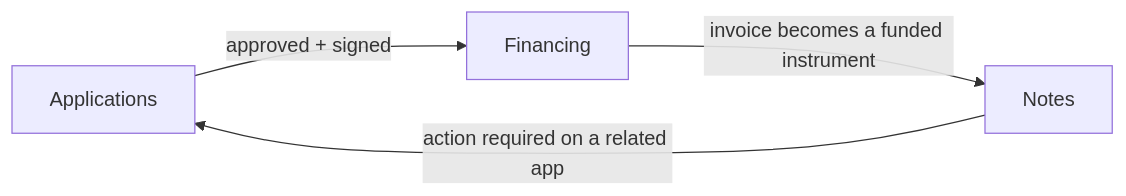
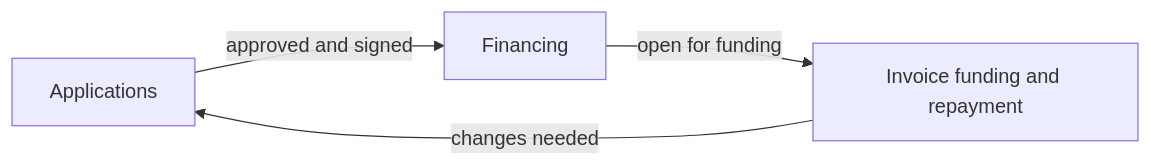
The diagram in packages/help-content/markdown/issuer-portal-navigation-and-lifecycle.md (Malcan-Technologies/shoraka), drawn with Mermaid before and after one commit. The commit also changed other lines of this file and 275 other files, not shown here.

````diff
--- a/packages/help-content/markdown/issuer-portal-navigation-and-lifecycle.md
+++ b/packages/help-content/markdown/issuer-portal-navigation-and-lifecycle.md
@@ -20,6 +20,6 @@
 ```mermaid
 flowchart LR
-  Apps["Applications"] -->|"approved + signed"| Fin["Financing"]
-  Fin -->|"invoice becomes a funded instrument"| Notes["Notes"]
-  Notes -->|"action required on a related app"| Apps
+  Apps["Applications"] -->|"approved and signed"| Fin["Financing"]
+  Fin -->|"open for funding"| Fund["Invoice funding and repayment"]
+  Fund -->|"changes needed"| Apps
 ```
````
